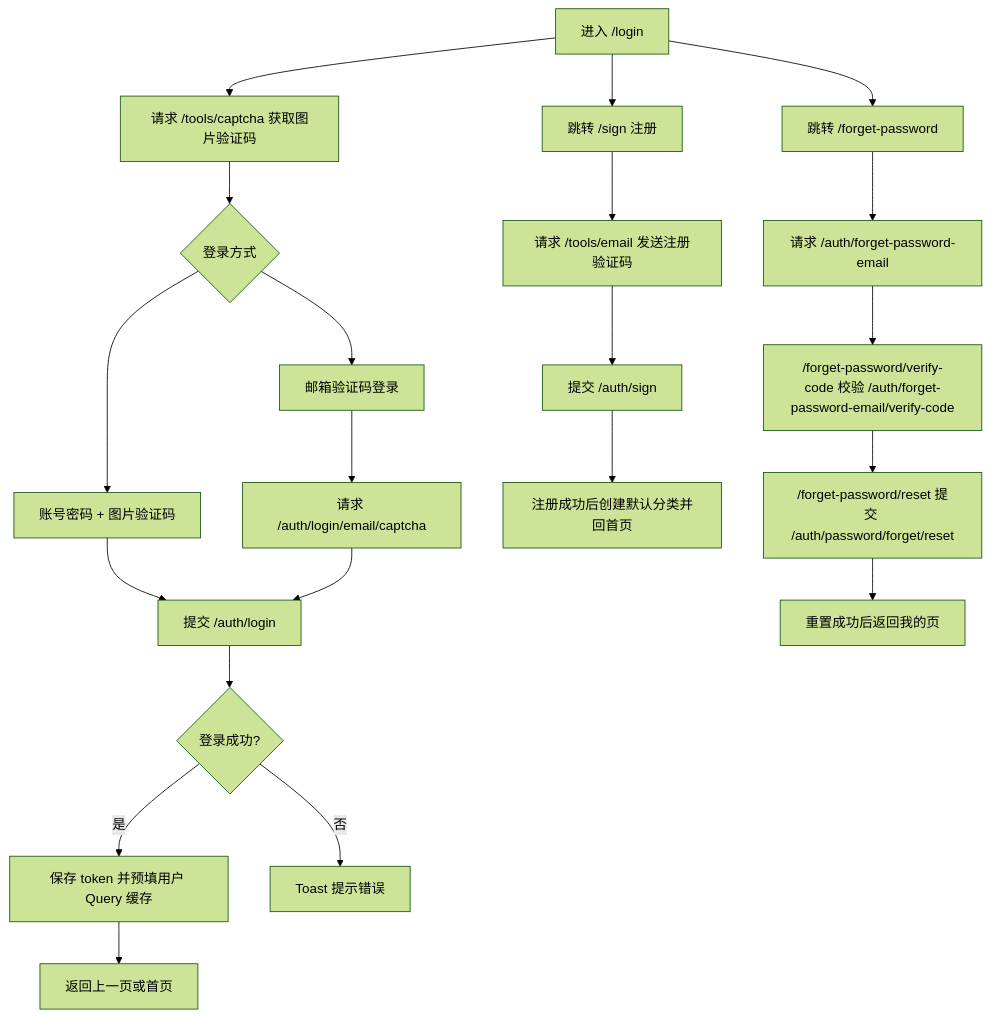
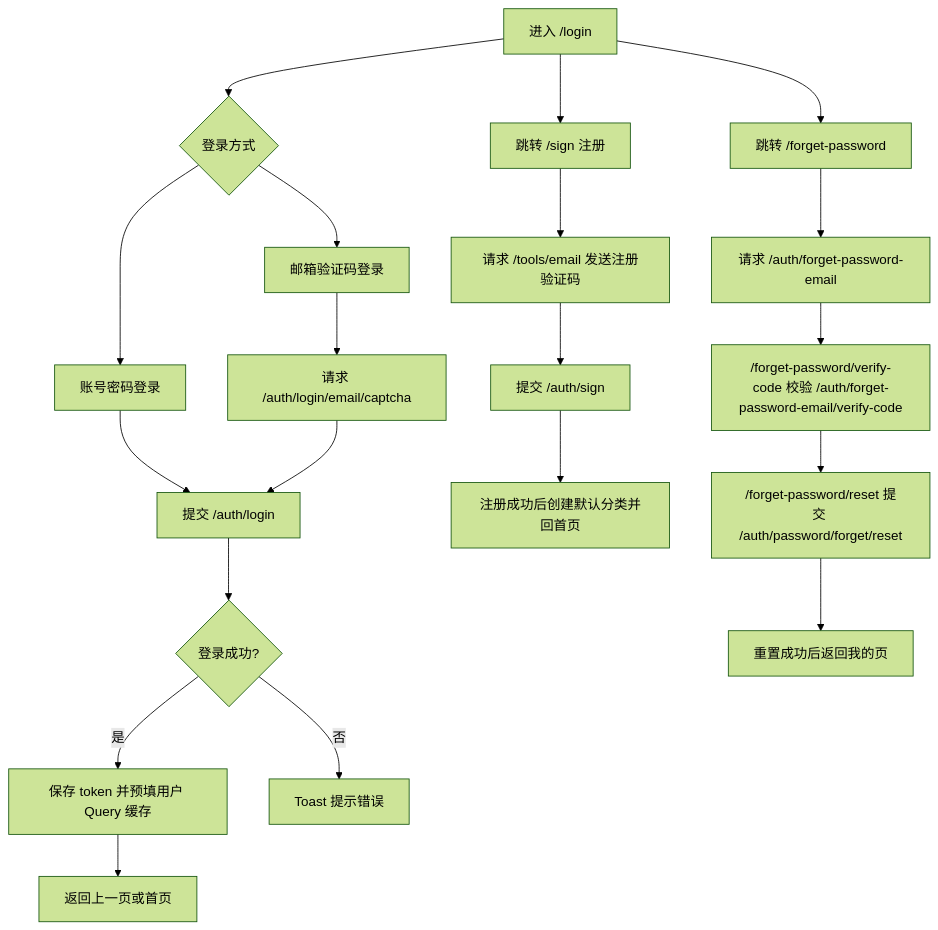
One commit to whale-wave/ww-bill-client changed the second of 12 diagrams in docs/flowcharts/feature-flows.md. Above: the diagram before and after it, drawn with Mermaid (forest theme). The commit also changed other lines of this file and 148 other files, not shown here.

````diff
--- a/docs/flowcharts/feature-flows.md
+++ b/docs/flowcharts/feature-flows.md
@@ -70,25 +70,24 @@
 ```mermaid
 flowchart TD
-  Entry["进入 /login"] --> Captcha["请求 /tools/captcha 获取图片验证码"]
-  Captcha --> Mode{"登录方式"}
-  Mode --> PasswordLogin["账号密码 + 图片验证码"]
+  Entry["进入 /login"] --> Mode{"登录方式"}
+  Mode --> PasswordLogin["账号密码登录"]
   Mode --> EmailLogin["邮箱验证码登录"]
   EmailLogin --> SendLoginEmail["请求 /auth/login/email/captcha"]
   PasswordLogin --> SubmitLogin["提交 /auth/login"]
   SendLoginEmail --> SubmitLogin
   SubmitLogin --> LoginOk{"登录成功?"}
   LoginOk -->|是| StoreToken["保存 token 并预填用户 Query 缓存"]
   StoreToken --> Back["返回上一页或首页"]
   LoginOk -->|否| ShowError["Toast 提示错误"]
 
   Entry --> Sign["跳转 /sign 注册"]
   Sign --> SendEmail["请求 /tools/email 发送注册验证码"]
   SendEmail --> SubmitSign["提交 /auth/sign"]
   SubmitSign --> SignOk["注册成功后创建默认分类并回首页"]
 
   Entry --> Forget["跳转 /forget-password"]
   Forget --> SendForgetEmail["请求 /auth/forget-password-email"]
   SendForgetEmail --> VerifyCode["/forget-password/verify-code 校验 /auth/forget-password-email/verify-code"]
   VerifyCode --> Reset["/forget-password/reset 提交 /auth/password/forget/reset"]
   Reset --> Done["重置成功后返回我的页"]
 ```
````
